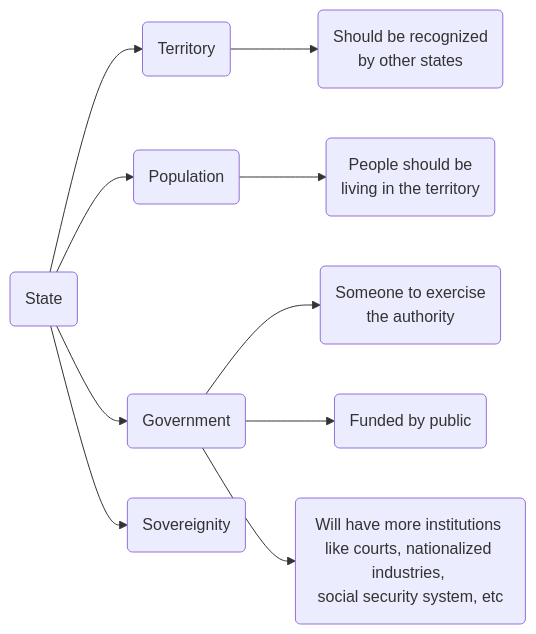
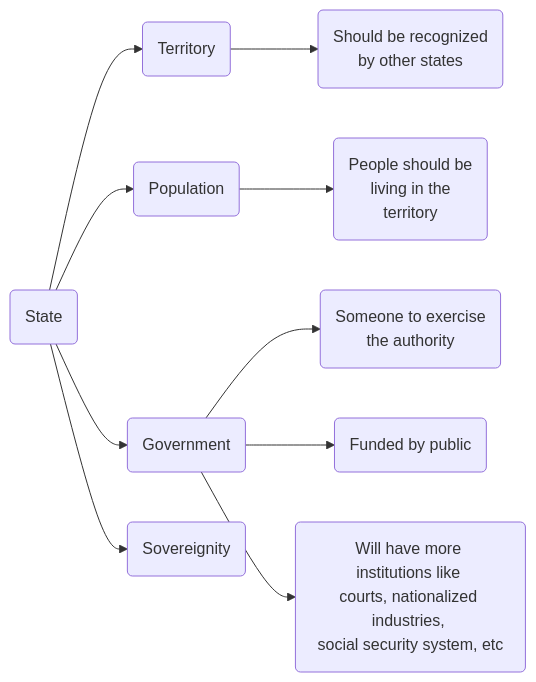
The first of 6 diagrams in src/site/notes/lecture-notes/sem6/ihs/politics/L03.md (godofwarnings/genesis-public), drawn with Mermaid before and after one commit.

Commit message:
Update content src/site/notes/lecture-notes/sem6/ihs/politics/L03.md

````diff
--- a/src/site/notes/lecture-notes/sem6/ihs/politics/L03.md
+++ b/src/site/notes/lecture-notes/sem6/ihs/politics/L03.md
@@ -18,27 +18,29 @@
 ```mermaid
 flowchart LR
 
 id0(State)
 
 id1(Territory)
 id2(Population)
 id3(Government)
 id4(Sovereignity)
 
 id0 --> id1 & id2 & id3 & id4
 
-id1.1(Should be recognized 
-by other states)
-id2.1(People should be 
-living in the territory)
-id3.1(Someone to exercise
-the authority)
+id1.1("Should be recognized 
+by other states")
+id2.1("People should be 
+living in the 
+territory")
+id3.1("Someone to exercise
+the authority")
 id3.2(Funded by public)
-id3.3(Will have more institutions 
-like courts, nationalized industries, 
-social security system, etc)
+id3.3("Will have more 
+institutions like 
+courts, nationalized industries, 
+social security system, etc")
 
 id1 --> id1.1
 id2 --> id2.1
 id3 --> id3.1 & id3.2 & id3.3
 ```
````
